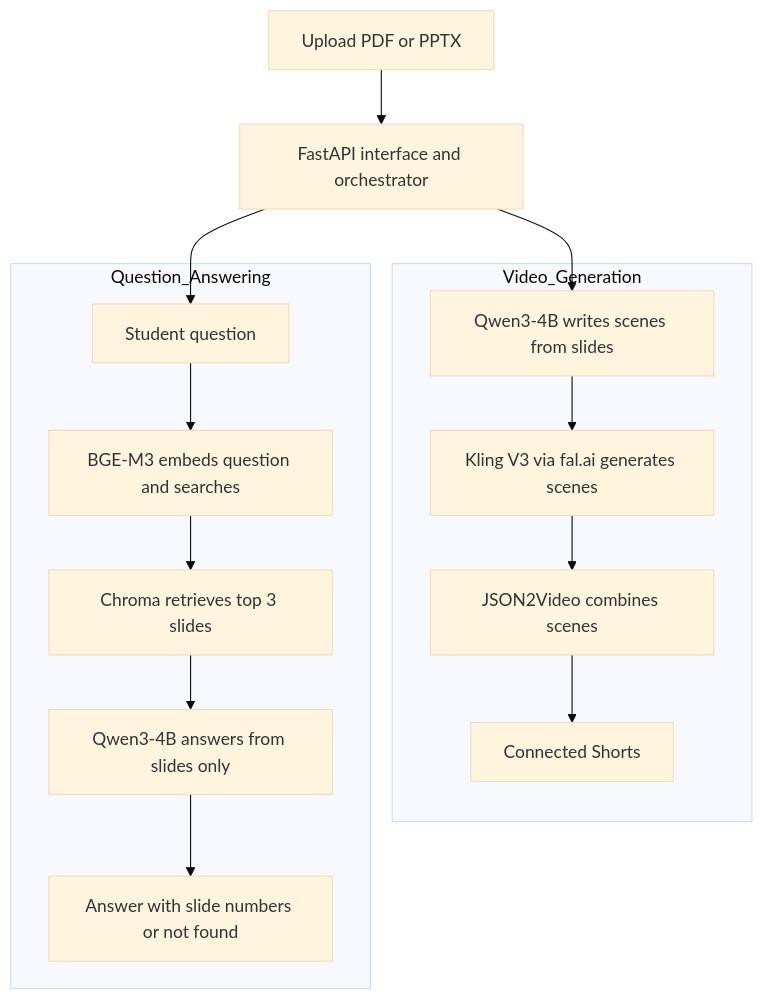
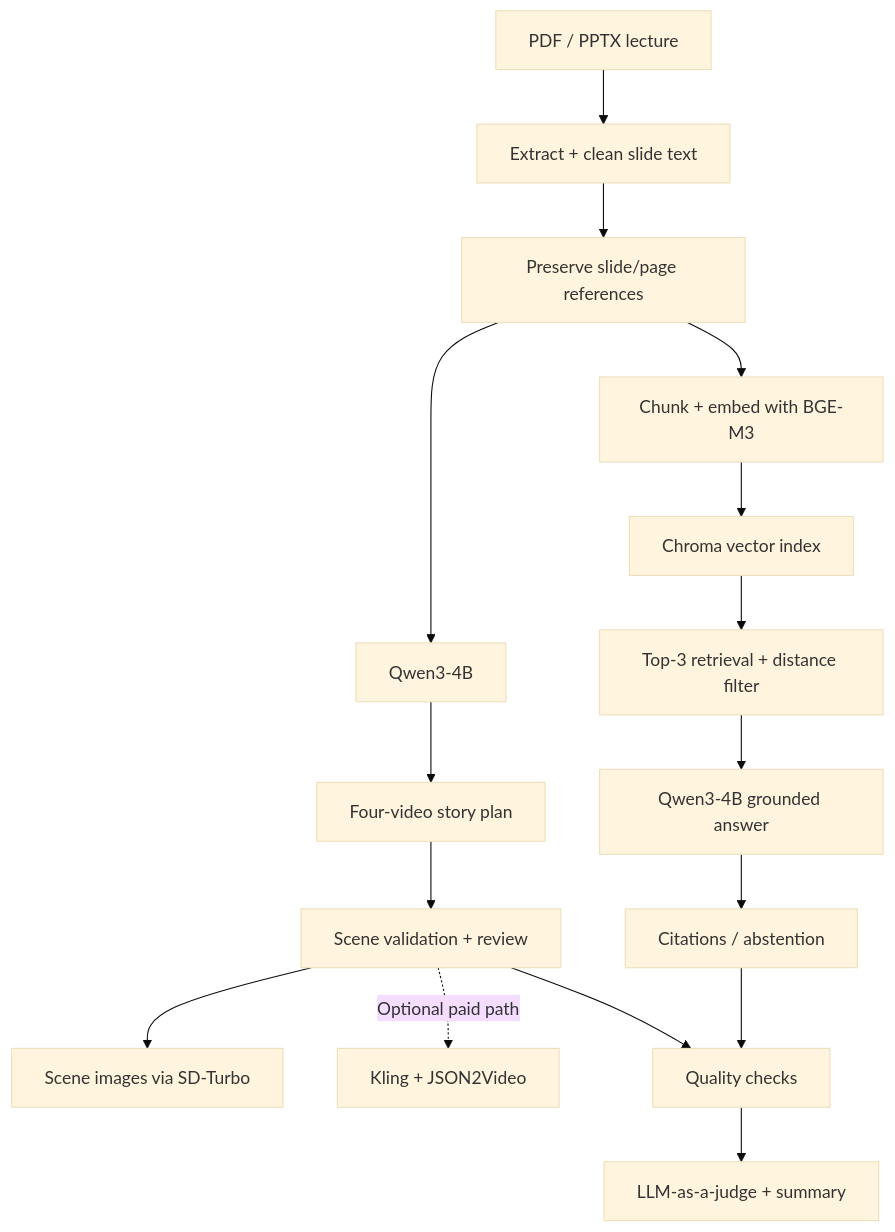
Before and after one commit to Lamya-Al/FAHEM: the diagram in README.md, drawn with Mermaid (base theme). The commit also changed other lines of this file, not shown here.

````diff
--- a/README.md
+++ b/README.md
@@ -32,29 +56,18 @@
 ```mermaid
-graph TD
-A["Upload PDF or PPTX"] --> B["FastAPI interface and orchestrator"]
-
-subgraph Video_Generation
-C["Qwen3-4B writes scenes from slides"]
-D["Kling V3 via fal.ai generates scenes"]
-E["JSON2Video combines scenes"]
-F["Connected Shorts"]
-C --> D
-D --> E
-E --> F
-end
-
-subgraph Question_Answering
-G["Student question"]
-H["BGE-M3 embeds question and searches"]
-I["Chroma retrieves top 3 slides"]
-J["Qwen3-4B answers from slides only"]
-K["Answer with slide numbers or not found"]
-G --> H
-H --> I
-I --> J
-J --> K
-end
-
-B --> C
-B --> G
+flowchart TD
+    A[PDF / PPTX lecture] --> B[Extract + clean slide text]
+    B --> C[Preserve slide/page references]
+    C --> D[Qwen3-4B]
+    D --> E[Four-video story plan]
+    E --> F[Scene validation + review]
+    F --> G[Scene images via SD-Turbo]
+    F -. Optional paid path .-> H[Kling + JSON2Video]
+    C --> I[Chunk + embed with BGE-M3]
+    I --> J[Chroma vector index]
+    J --> K[Top-3 retrieval + distance filter]
+    K --> L[Qwen3-4B grounded answer]
+    L --> M[Citations / abstention]
+    F --> N[Quality checks]
+    M --> N
+    N --> O[LLM-as-a-judge + summary]
 ```
````
